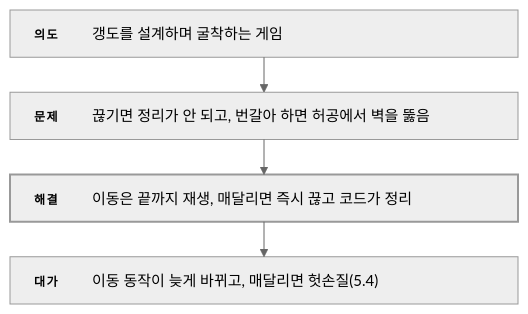
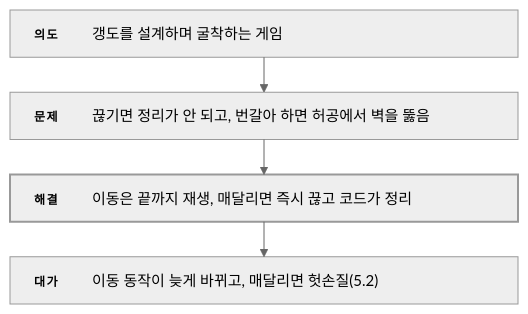
One commit to ashadeveloperr/ashadeveloperr.github.io changed the eighth of 9 diagrams in src/1-folk-sack/기술문서.md. Above: the diagram before and after it, drawn with Mermaid (neutral theme). The commit also changed other lines of this file and 5 other files, not shown here.

````diff
--- a/src/1-folk-sack/기술문서.md
+++ b/src/1-folk-sack/기술문서.md
@@ -434,18 +420,18 @@
 ```mermaid
 ---
 config:
   layout: elk
   flowchart:
     wrappingWidth: 520
     padding: 12
 ---
 flowchart TB
   %% feature-flow — _local/flow-diagrams.py가 만듦
   I["<div style='width:460px;display:flex;gap:14px;align-items:baseline;text-align:left;white-space:normal'><span style='flex:0 0 44px;padding-top:2px;font-size:12px;font-weight:700;letter-spacing:.12em;color:var(--accent-ink)'>의도</span><span style='flex:1;font-size:15px;line-height:1.55;color:var(--ink)'>갱도를 설계하며 굴착하는 게임</span></div>"]
   P["<div style='width:460px;display:flex;gap:14px;align-items:baseline;text-align:left;white-space:normal'><span style='flex:0 0 44px;padding-top:2px;font-size:12px;font-weight:700;letter-spacing:.12em;color:var(--accent-ink)'>문제</span><span style='flex:1;font-size:15px;line-height:1.55;color:var(--ink)'>끊기면 정리가 안 되고, 번갈아 하면 허공에서 벽을 뚫음</span></div>"]
   S["<div style='width:460px;display:flex;gap:14px;align-items:baseline;text-align:left;white-space:normal'><span style='flex:0 0 44px;padding-top:2px;font-size:12px;font-weight:700;letter-spacing:.12em;color:var(--accent-ink)'>해결</span><span style='flex:1;font-size:15px;line-height:1.55;color:var(--ink)'>이동은 끝까지 재생, 매달리면 즉시 끊고 코드가 정리</span></div>"]
-  R["<div style='width:460px;display:flex;gap:14px;align-items:baseline;text-align:left;white-space:normal'><span style='flex:0 0 44px;padding-top:2px;font-size:12px;font-weight:700;letter-spacing:.12em;color:var(--accent-ink)'>대가</span><span style='flex:1;font-size:15px;line-height:1.55;color:var(--ink)'>이동 동작이 늦게 바뀌고, 매달리면 헛손질(5.4)</span></div>"]
+  R["<div style='width:460px;display:flex;gap:14px;align-items:baseline;text-align:left;white-space:normal'><span style='flex:0 0 44px;padding-top:2px;font-size:12px;font-weight:700;letter-spacing:.12em;color:var(--accent-ink)'>대가</span><span style='flex:1;font-size:15px;line-height:1.55;color:var(--ink)'>이동 동작이 늦게 바뀌고, 매달리면 헛손질(5.2)</span></div>"]
   I --> P --> S --> R
   classDef key stroke-width:2px
   class S key
 ```
````
